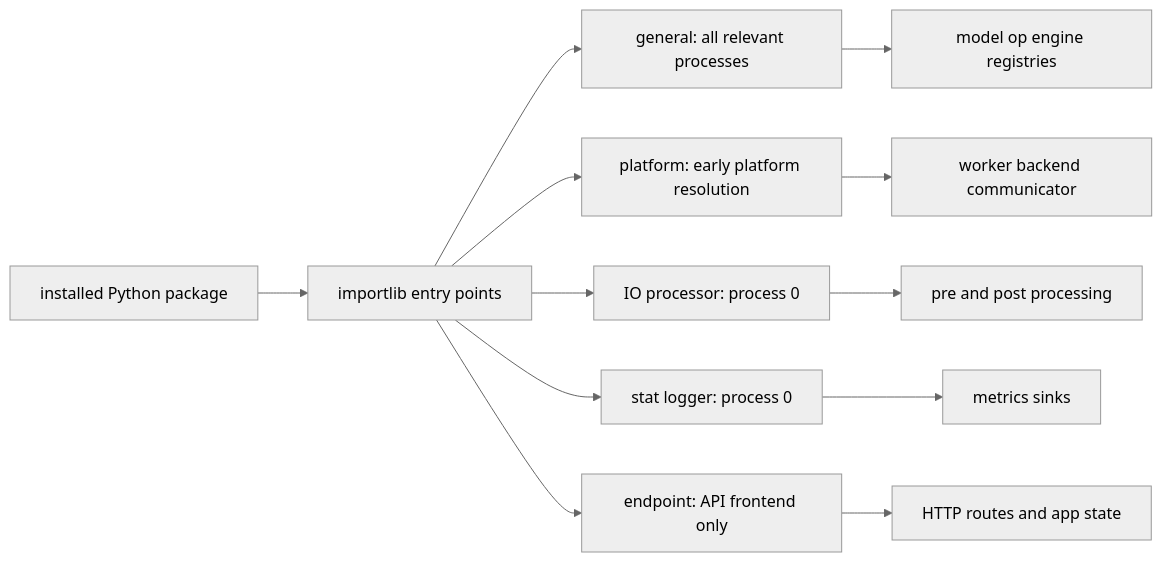
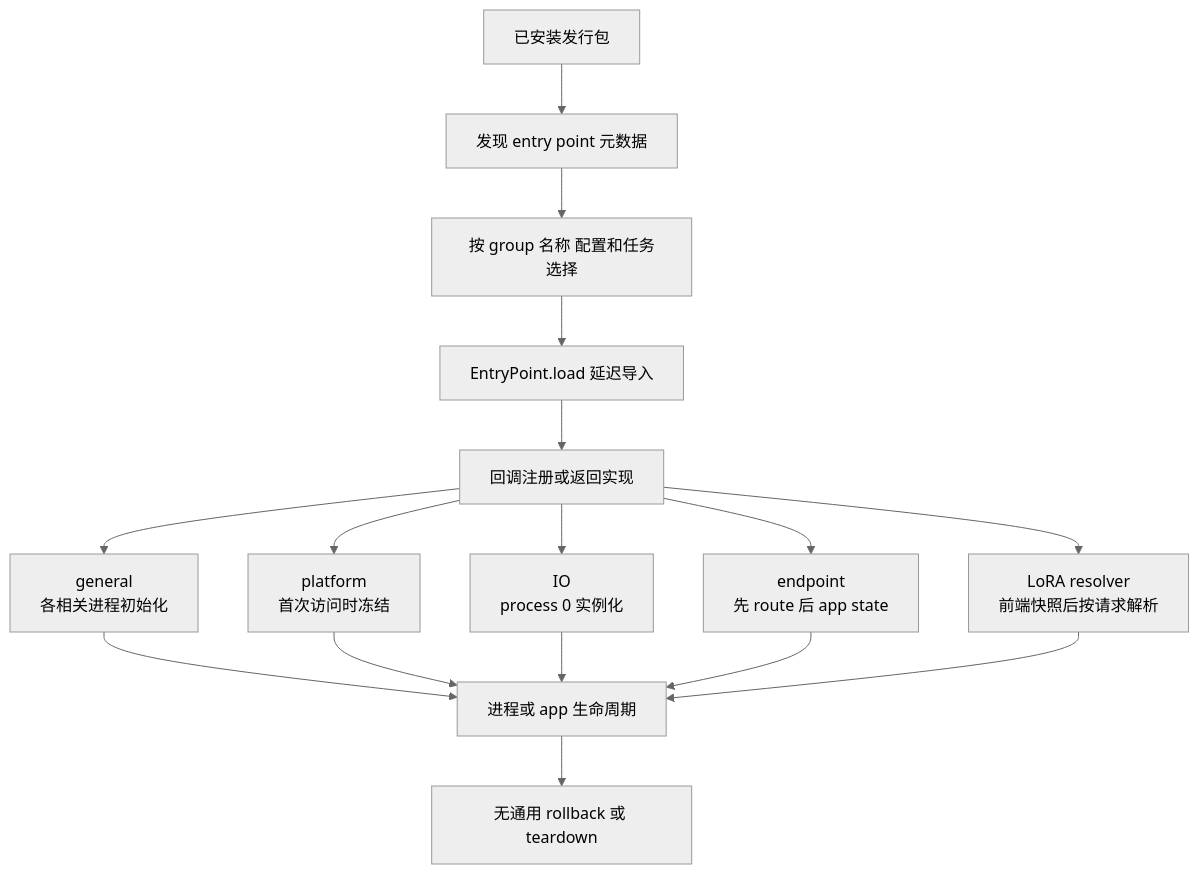
The diagram in wiki/02_engineering/03_infer_frameworks/vllm/28_vllm_extension_plugin_system_analysis.md (suhaibo666/llm-knowledge), drawn with Mermaid (neutral theme) before and after one commit. The commit also changed other lines of this file, not shown here.

````diff
--- a/wiki/02_engineering/03_infer_frameworks/vllm/28_vllm_extension_plugin_system_analysis.md
+++ b/wiki/02_engineering/03_infer_frameworks/vllm/28_vllm_extension_plugin_system_analysis.md
@@ -24,14 +31,18 @@
 ```mermaid
-flowchart LR
-  Package["installed Python package"] --> Entry["importlib entry points"]
-  Entry --> General["general: all relevant processes"]
-  Entry --> Platform["platform: early platform resolution"]
-  Entry --> IO["IO processor: process 0"]
-  Entry --> Stats["stat logger: process 0"]
-  Entry --> Endpoint["endpoint: API frontend only"]
-  General --> Registry["model op engine registries"]
-  Platform --> Device["worker backend communicator"]
-  IO --> Request["pre and post processing"]
-  Stats --> Sink["metrics sinks"]
-  Endpoint --> Routes["HTTP routes and app state"]
+flowchart TB
+  PKG["已安装发行包"] --> DISC["发现 entry point 元数据"]
+  DISC --> SEL["按 group 名称 配置和任务选择"]
+  SEL --> IMP["EntryPoint.load 延迟导入"]
+  IMP --> REG["回调注册或返回实现"]
+  REG --> GEN["general<br/>各相关进程初始化"]
+  REG --> PLAT["platform<br/>首次访问时冻结"]
+  REG --> IO["IO<br/>process 0 实例化"]
+  REG --> END["endpoint<br/>先 route 后 app state"]
+  REG --> LORA["LoRA resolver<br/>前端快照后按请求解析"]
+  GEN --> LIFE["进程或 app 生命周期"]
+  PLAT --> LIFE
+  IO --> LIFE
+  END --> LIFE
+  LORA --> LIFE
+  LIFE --> COST["无通用 rollback 或 teardown"]
 ```
````
